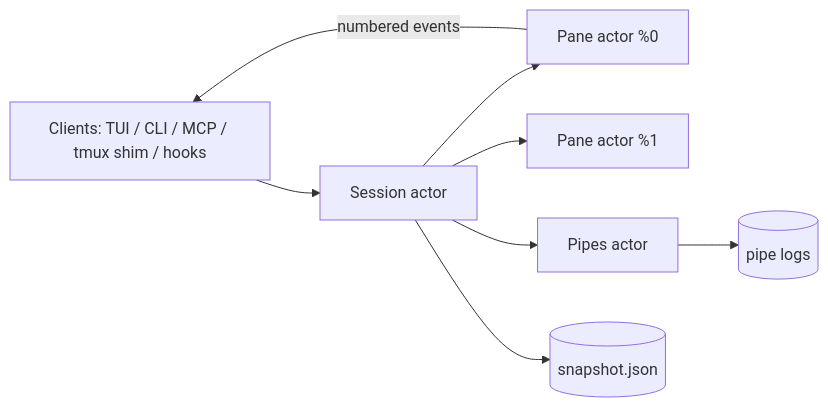
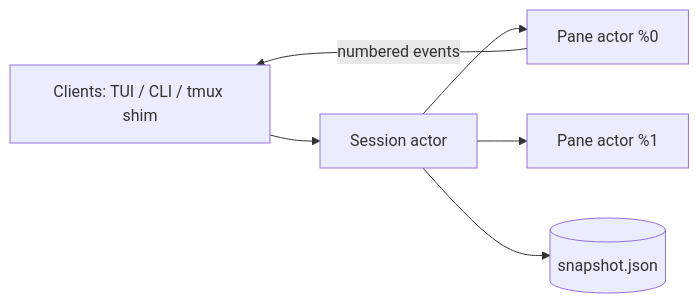
One commit to casonadams/mpx changed the diagram in docs/ARCHITECTURE.md. Above: the diagram before and after it, drawn with Mermaid. The commit also changed other lines of this file and 118 other files, not shown here.

````diff
--- a/docs/ARCHITECTURE.md
+++ b/docs/ARCHITECTURE.md
@@ -7,10 +9,8 @@
 ```mermaid
 graph LR
-C[Clients: TUI / CLI / MCP / tmux shim / hooks] --> S[Session actor]
-S --> P1[Pane actor %0]
-S --> P2[Pane actor %1]
-S --> Q[Pipes actor]
-S --> SN[(snapshot.json)]
-Q --> PL[(pipe logs)]
-P1 -->|numbered events| C
+    C[Clients: TUI / CLI / tmux shim] --> S[Session actor]
+    S --> P1[Pane actor %0]
+    S --> P2[Pane actor %1]
+    S --> SN[(snapshot.json)]
+    P1 -->|numbered events| C
 ```
````
